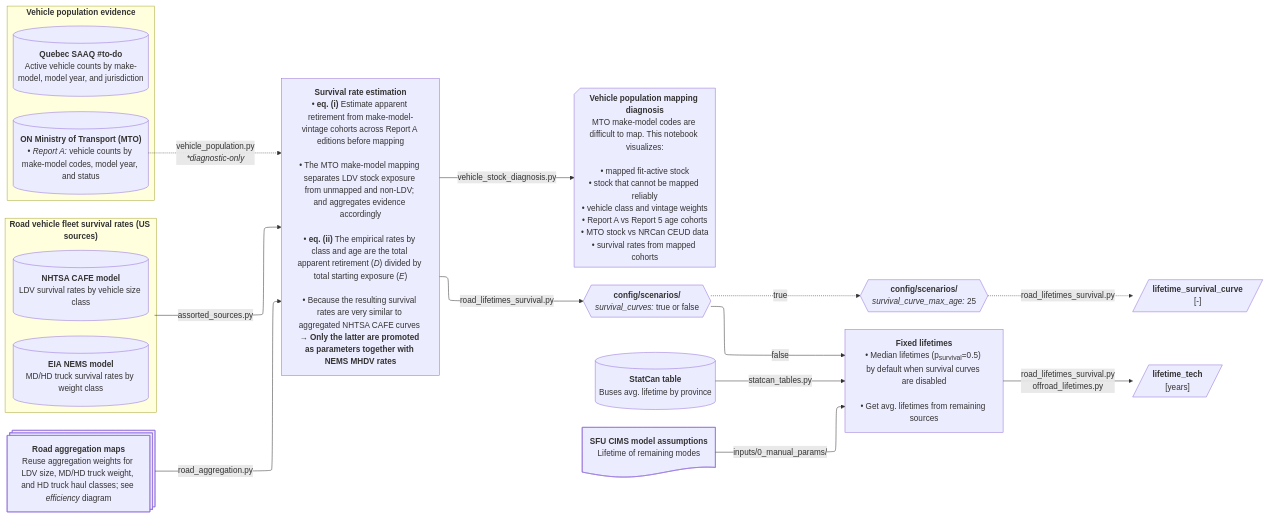
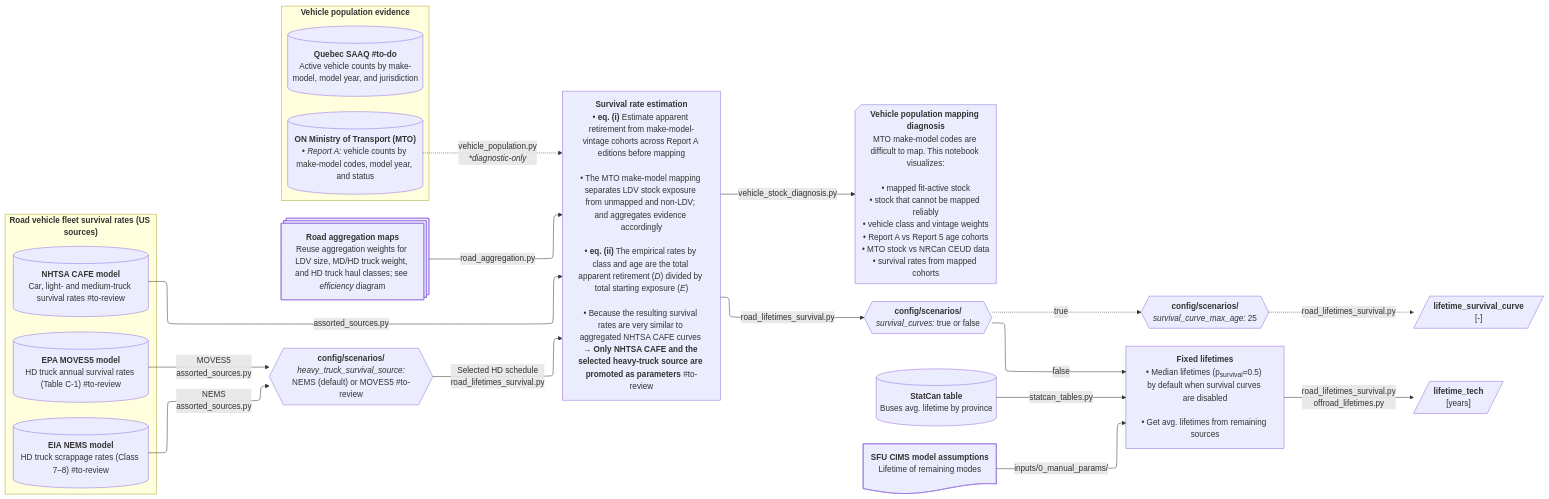
The fifth of 12 diagrams in docs/etl_flowcharts.md (CANOE-main/canoe-transportation), drawn with Mermaid before and after one commit. The commit also changed 45 other files, not shown here.

First line of the commit message:
Enhance heavy truck survival source handling and validation

````diff
--- a/docs/etl_flowcharts.md
+++ b/docs/etl_flowcharts.md
@@ -314,9 +314,11 @@
   subgraph survival["`**Road vehicle fleet survival rates (US sources)**`"]
     direction LR
     s2[("`**NHTSA CAFE model**
-      LDV survival rates by vehicle size class`")]
+      Car, light- and medium-truck survival rates #to-review`")]
     s3[("`**EIA NEMS model**
-      MD/HD truck survival rates by weight class`")]
+      HD truck scrappage rates (Class 7–8) #to-review`")]
+    s7[("`**EPA MOVES5 model**
+      HD truck annual survival rates (Table C-1) #to-review`")]
   end
 
   subgraph population["`**Vehicle population evidence**`"]
@@ -335,7 +337,7 @@
     • **eq. (i)** Estimate apparent retirement from make-model-vintage cohorts across Report A editions before mapping<br>
     • The MTO make-model mapping separates LDV stock exposure from unmapped and non-LDV; and aggregates evidence accordingly<br>
     • **eq. (ii)** The empirical rates by class and age are the total apparent retirement (*D*) divided by total starting exposure (*E*)<br>
-    • Because the resulting survival rates are very similar to aggregated NHTSA CAFE curves → **Only the latter are promoted as parameters together with NEMS MHDV rates**`"]
+    • Because the resulting survival rates are very similar to aggregated NHTSA CAFE curves → **Only NHTSA CAFE and the selected heavy-truck source are promoted as parameters** #to-review`"]
 
   p0_2@{shape: notch-rect, label: "**Vehicle population mapping diagnosis**
     MTO make-model codes are difficult to map. This notebook visualizes:<br>
@@ -346,7 +348,13 @@
     • MTO stock vs NRCan CEUD data
     • survival rates from mapped cohorts"}
   p0 -- vehicle_stock_diagnosis.py --> p0_2
-  survival -- "assorted_sources.py" --> p0
+  s2 -- "assorted_sources.py" --> p0
+  p4@{shape: hex, label: "**config/scenarios/**
+    *heavy_truck_survival_source:*
+    NEMS (default) or MOVES5 #to-review"}
+  s3 -- "NEMS<br>assorted_sources.py" --> p4
+  s7 -- "MOVES5<br>assorted_sources.py" --> p4
+  p4 -- "Selected HD schedule<br>road_lifetimes_survival.py" --> p0
   s0 -. "`vehicle_population.py
     *\*diagnostic-only*`" .-> p0
   s6 -- road_aggregation.py --> p0
@@ -382,6 +390,7 @@
   click s1 "https://www.donneesquebec.ca/recherche/dataset/vehicules-en-circulation"
   click s2 "https://www.nhtsa.gov/file-downloads?p=nhtsa/downloads/CAFE/2024-FRM-LD-2b3-2027-2035/Central-Analysis/"
   click s3 "https://github.com/EIAgov/NEMS/blob/main/input/tdm/trnhdvx.xlsx"
+  click s7 "https://nepis.epa.gov/Exe/ZyPDF.cgi?Dockey=P101CUN7.pdf#page=192"
   click s4 "https://doi.org/10.25318/3410025401-eng"
   click s5 "https://github.com/EMRG-SFU/cims-models/tree/main/sources/sectors"
 ```
````
